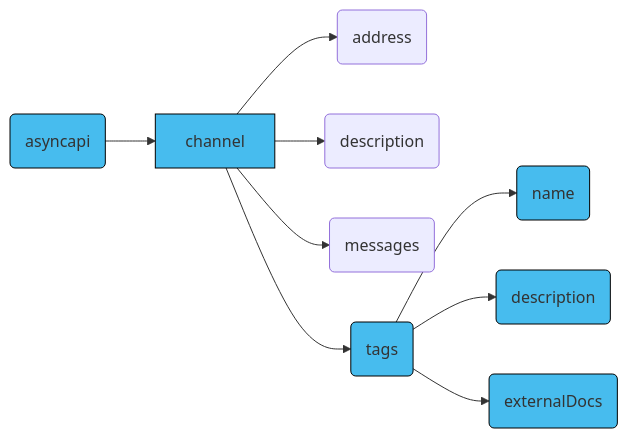
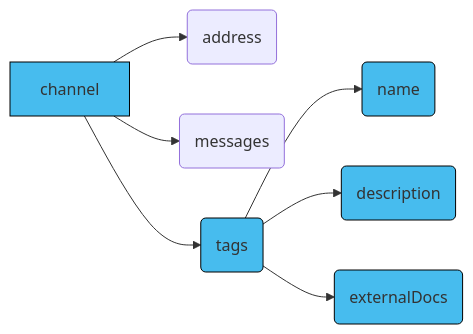
One commit to asyncapi/website changed the third of 5 diagrams in pages/docs/concepts/asyncapi-document/tags.md. Above: the diagram before and after it, drawn with Mermaid. The commit also changed other lines of this file, not shown here.

Commit message:
update diagrams to component level

````diff
--- a/pages/docs/concepts/asyncapi-document/tags.md
+++ b/pages/docs/concepts/asyncapi-document/tags.md
@@ -125,27 +122,22 @@
 ```mermaid
 graph LR
   A[channel]
   B(address)
-  D(description)
   E(messages)
   P(tags)
   F(name)
   G(description)
   I(externalDocs)
-  Z(asyncapi)
 
-  Z --> A
   A --> B
-  A --> D
   A --> E
   A --> P
   P --> F
   P --> G 
   P --> I 
   style A fill:#47BCEE,stroke:#000;
-  style Z fill:#47BCEE,stroke:#000;
   style P fill:#47BCEE,stroke:#000;
   style F fill:#47BCEE,stroke:#000;
   style G fill:#47BCEE,stroke:#000;
   style I fill:#47BCEE,stroke:#000;
 ```
````
